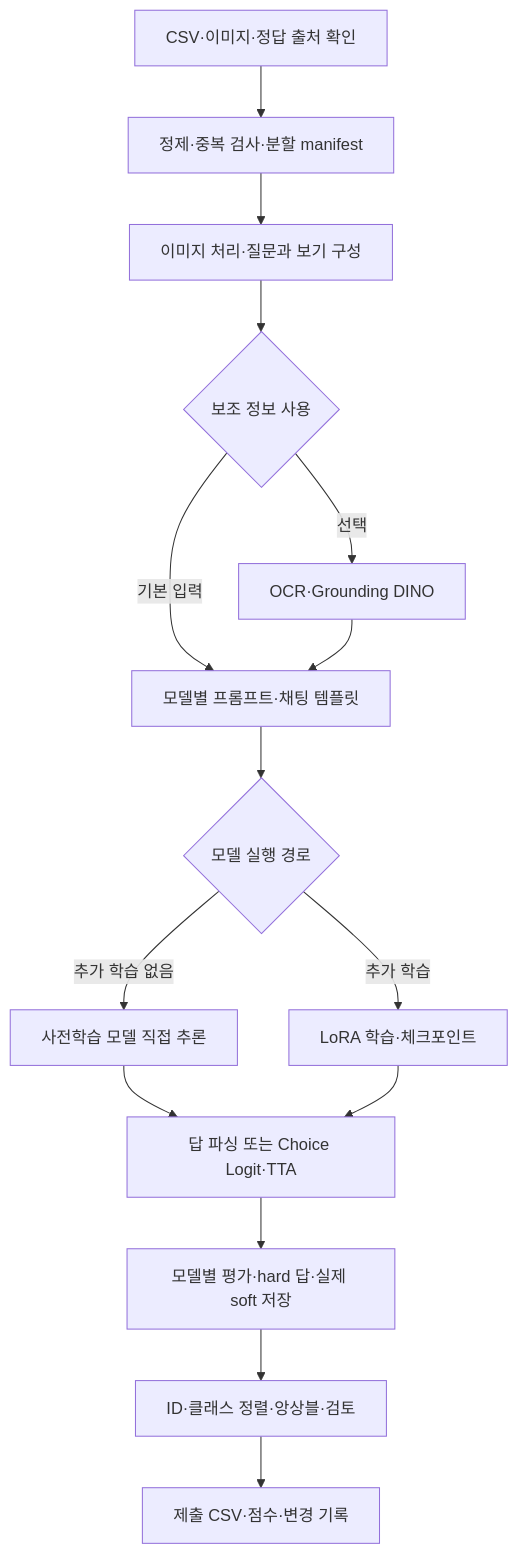
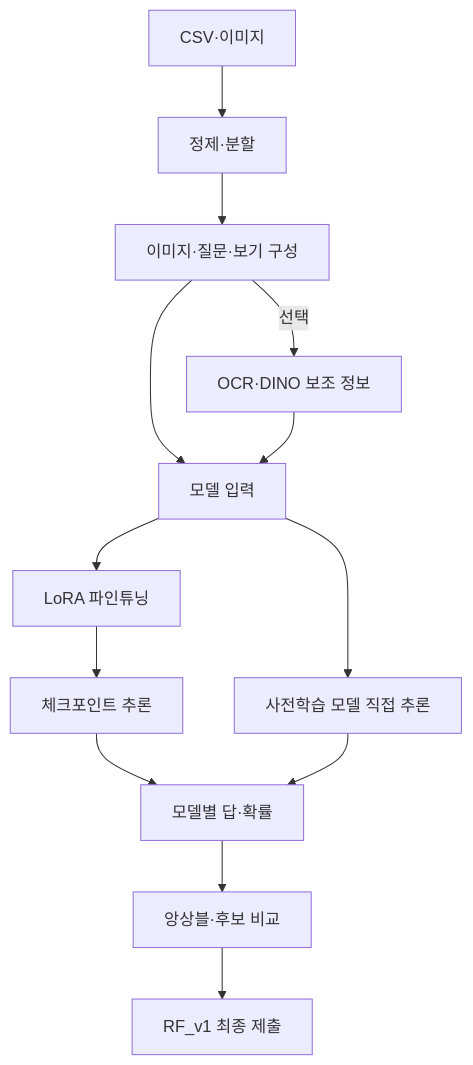
The diagram in README.md (changyoupkkun99/AI_Challenge_2), drawn with Mermaid before and after one commit. The commit also changed other lines of this file and 3 other files, not shown here.

````diff
--- a/README.md
+++ b/README.md
@@ -98,17 +47,15 @@
 ```mermaid
 flowchart TD
-    A["CSV·이미지·정답 출처 확인"] --> B["정제·중복 검사·분할 manifest"]
-    B --> C["이미지 처리·질문과 보기 구성"]
-    C --> D{"보조 정보 사용"}
-    D -->|선택| E["OCR·Grounding DINO"]
-    D -->|기본 입력| F["모델별 프롬프트·채팅 템플릿"]
-    E --> F
-    F --> G{"모델 실행 경로"}
-    G -->|추가 학습 없음| H["사전학습 모델 직접 추론"]
-    G -->|추가 학습| I["LoRA 학습·체크포인트"]
-    H --> J["답 파싱 또는 Choice Logit·TTA"]
-    I --> J
-    J --> K["모델별 평가·hard 답·실제 soft 저장"]
-    K --> L["ID·클래스 정렬·앙상블·검토"]
-    L --> M["제출 CSV·점수·변경 기록"]
+    A["CSV·이미지"] --> B["정제·분할"]
+    B --> C["이미지·질문·보기 구성"]
+    C -->|선택| D["OCR·DINO 보조 정보"]
+    C --> E["모델 입력"]
+    D --> E
+    E --> F["LoRA 파인튜닝"]
+    E --> G["사전학습 모델 직접 추론"]
+    F --> H["체크포인트 추론"]
+    H --> I["모델별 답·확률"]
+    G --> I
+    I --> J["앙상블·후보 비교"]
+    J --> K["RF_v1 최종 제출"]
 ```
````
